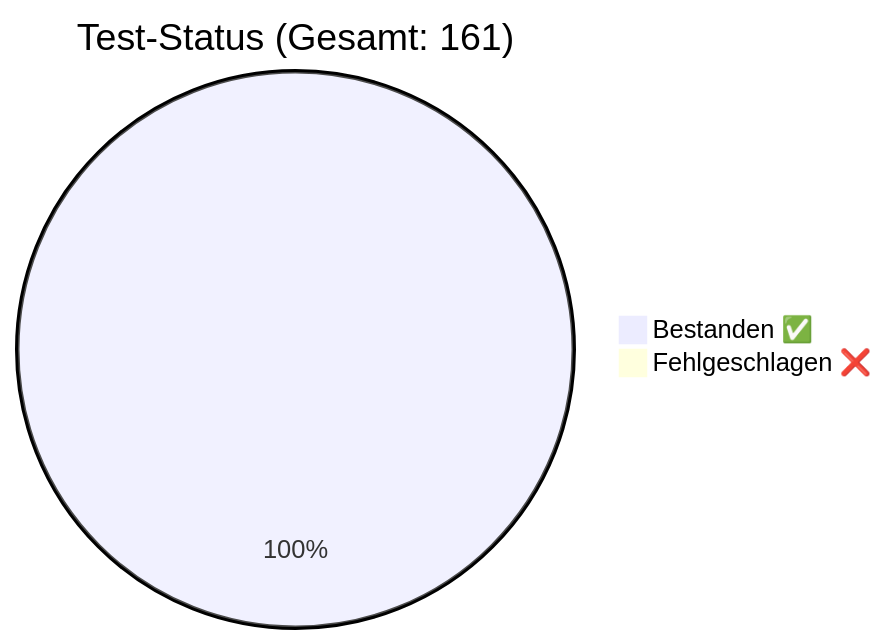
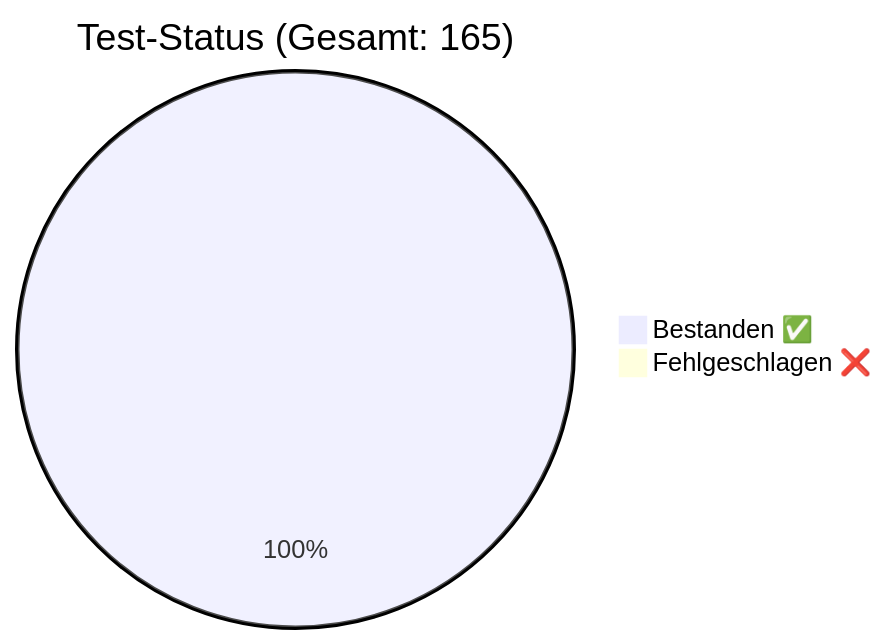
The diagram in docs/QA_Report.md (rorila/GCS), drawn with Mermaid before and after one commit. The commit also changed other lines of this file and 26 other files, not shown here.

````diff
--- a/docs/QA_Report.md
+++ b/docs/QA_Report.md
@@ -7,5 +7,5 @@
 ```mermaid
-pie title Test-Status (Gesamt: 161)
-    "Bestanden ✅" : 161
+pie title Test-Status (Gesamt: 165)
+    "Bestanden ✅" : 165
     "Fehlgeschlagen ❌" : 0
 ```
````
